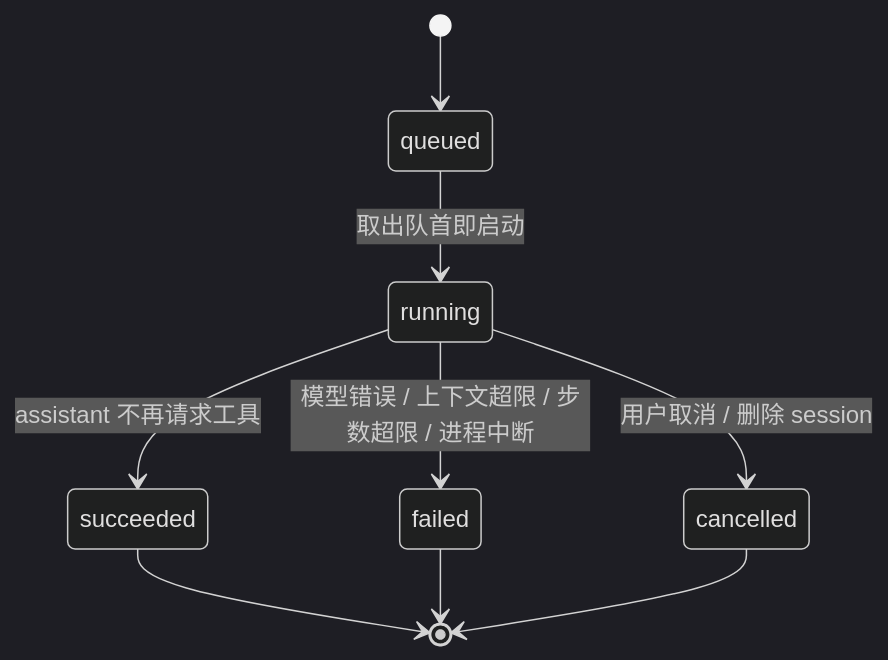
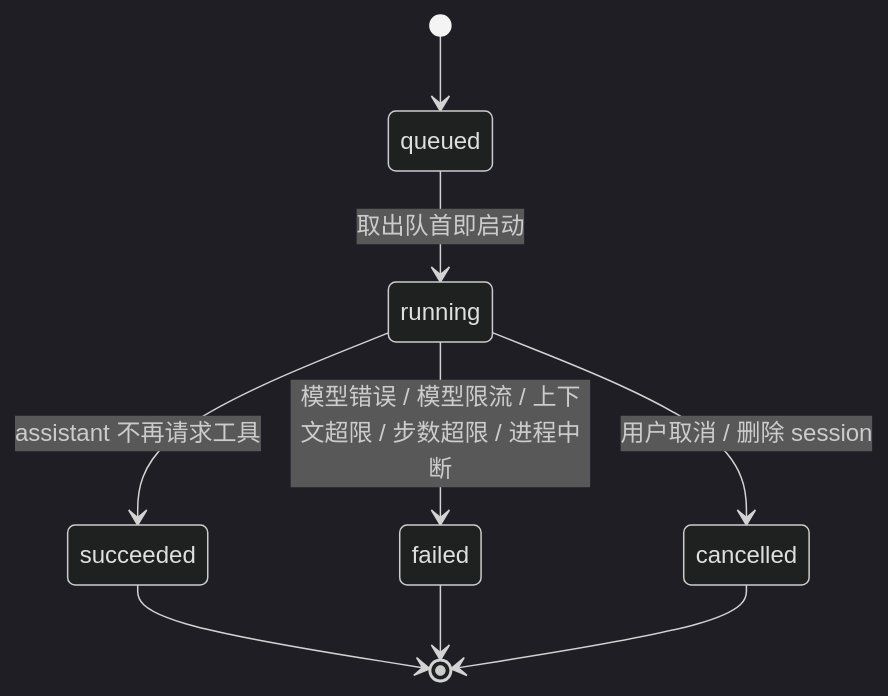
One commit to zineyu/durable changed the diagram in docs/specs/rust-react-coding-agent.md. Above: the diagram before and after it, drawn with Mermaid (dark theme). The commit also changed other lines of this file and 25 other files, not shown here.

````diff
--- a/docs/specs/rust-react-coding-agent.md
+++ b/docs/specs/rust-react-coding-agent.md
@@ -130,11 +130,11 @@
 ```mermaid
 stateDiagram-v2
     [*] --> queued
     queued --> running: 取出队首即启动
     running --> succeeded: assistant 不再请求工具
-    running --> failed: 模型错误 / 上下文超限 / 步数超限 / 进程中断
+    running --> failed: 模型错误 / 模型限流 / 上下文超限 / 步数超限 / 进程中断
     running --> cancelled: 用户取消 / 删除 session
     succeeded --> [*]
     failed --> [*]
     cancelled --> [*]
 ```
````
